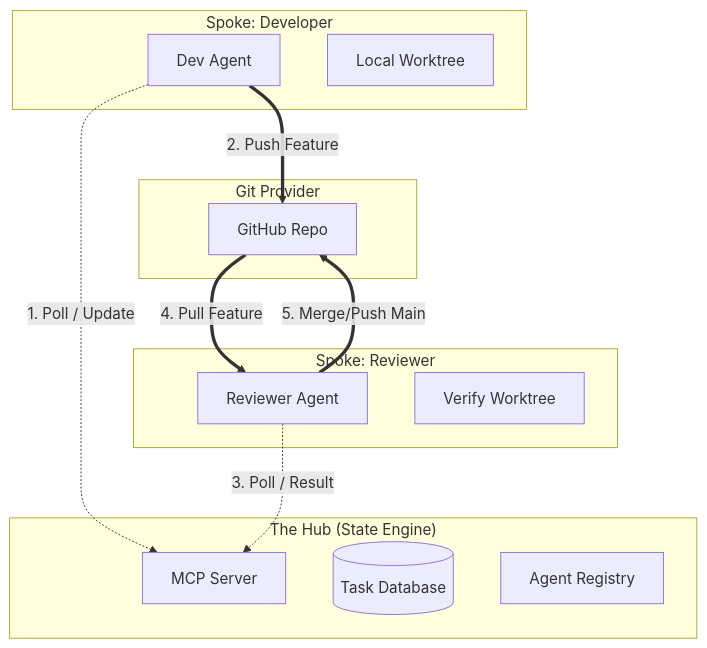
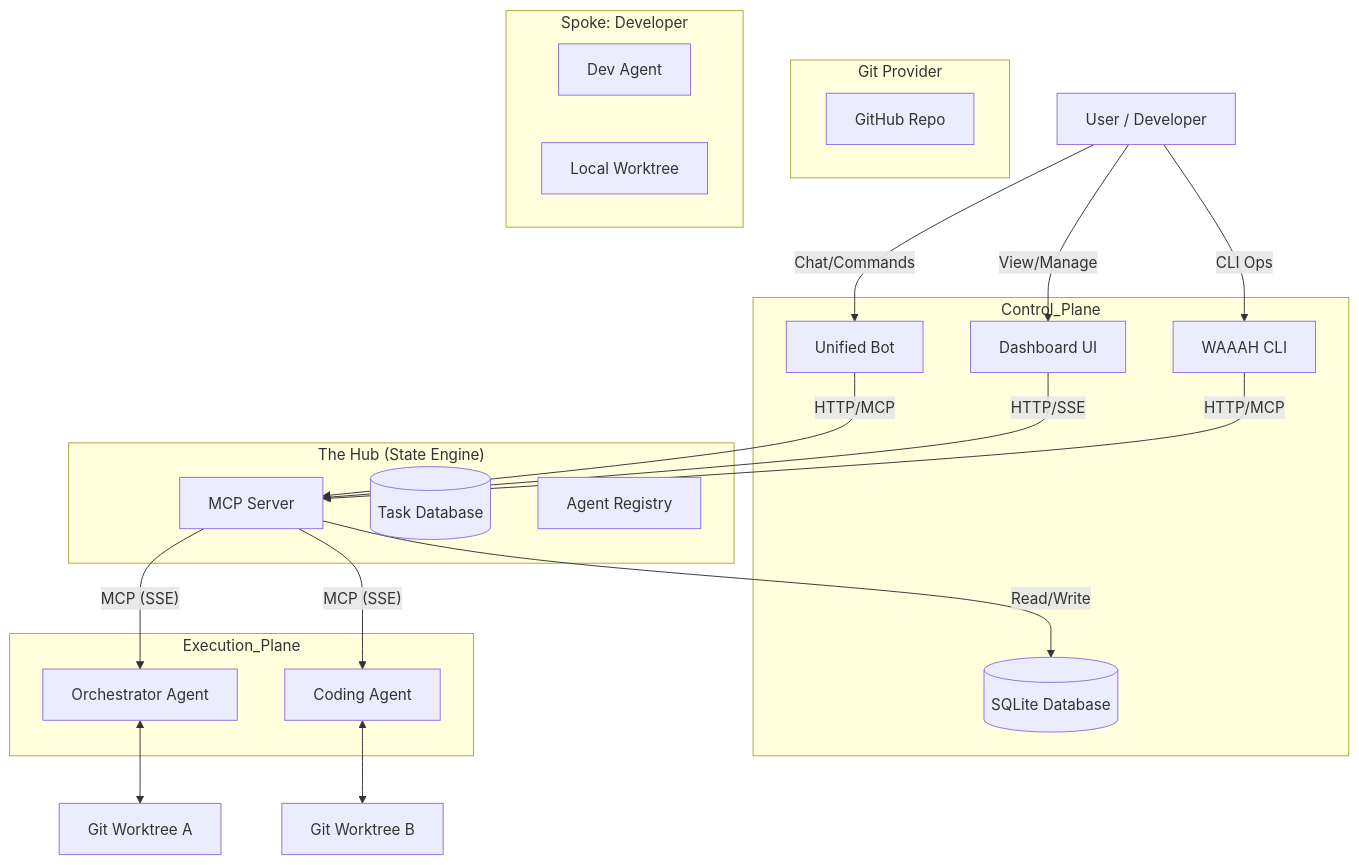
The first of 2 diagrams in docs/specs/v7/MASTER_ARCHITECTURE.md (OpenSourceWTF/WAAAH), drawn with Mermaid before and after one commit. The commit also changed other lines of this file, not shown here.

Commit message:
docs: rehydrate master spec from architecture baseline

````diff
--- a/docs/specs/v7/MASTER_ARCHITECTURE.md
+++ b/docs/specs/v7/MASTER_ARCHITECTURE.md
@@ -20,31 +20,35 @@
 ```mermaid
 graph TD
     subgraph "The Hub (State Engine)"
         Server[MCP Server]
         Queue[(Task Database)]
         Registry[Agent Registry]
     end
 
     subgraph "Git Provider"
         Origin[GitHub Repo]
     end
 
     subgraph "Spoke: Developer"
         Dev[Dev Agent]
         DevFS[Local Worktree]
     end
+    User[User / Developer] -->|Chat/Commands| Bot[Unified Bot]
+    User -->|View/Manage| Dash[Dashboard UI]
+    User -->|CLI Ops| CLI[WAAAH CLI]
 
-    subgraph "Spoke: Reviewer"
-        Reviewer[Reviewer Agent]
-        ReviewerFS[Verify Worktree]
+    subgraph Control_Plane
+        Bot -->|HTTP/MCP| Server[MCP Server]
+        Dash -->|HTTP/SSE| Server
+        CLI -->|HTTP/MCP| Server
+        Server -->|Read/Write| DB[(SQLite Database)]
     end
 
-    %% Communications (Metadata) - Dotted Lines
-    Dev -.->|1. Poll / Update| Server
-    Reviewer -.->|3. Poll / Result| Server
+    subgraph Execution_Plane
+        Server --"MCP (SSE)"--> Agent1[Orchestrator Agent]
+        Server --"MCP (SSE)"--> Agent2[Coding Agent]
+    end
 
-    %% Code Flow (Data) - Thick Solid Lines
-    Dev ==>|2. Push Feature| Origin
-    Origin ==>|4. Pull Feature| Reviewer
-    Reviewer ==>|5. Merge/Push Main| Origin
+    Agent1 <--> WORKTREE1[Git Worktree A]
+    Agent2 <--> WORKTREE2[Git Worktree B]
 ```
````
